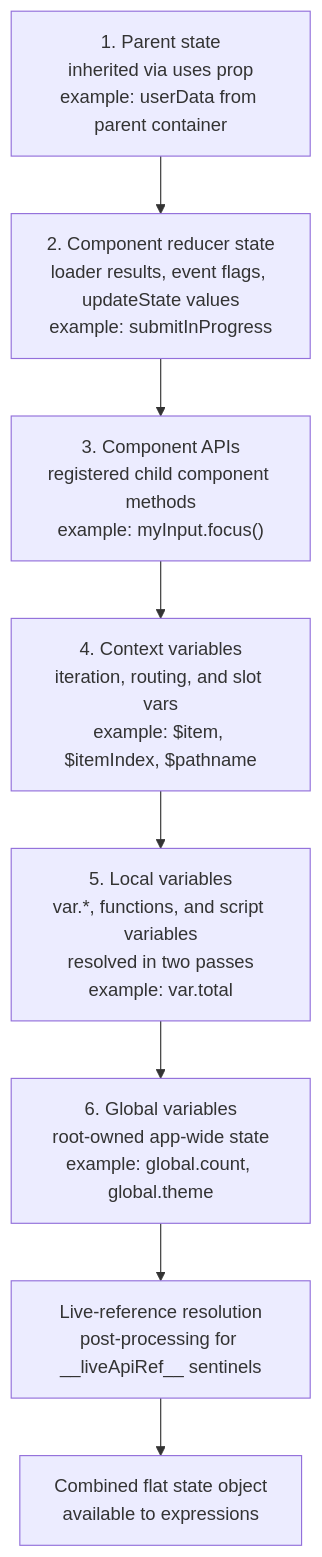
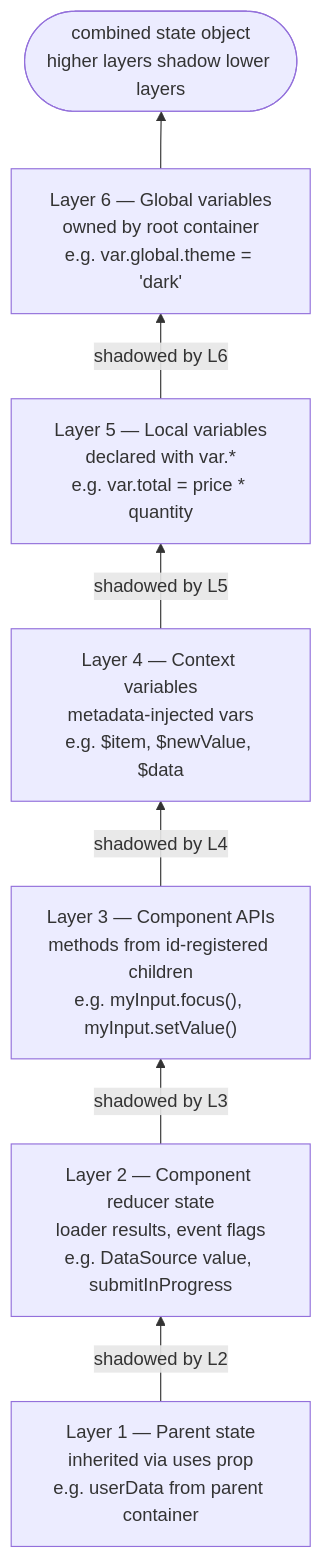
One commit to xmlui-org/xmlui changed the fourth of 5 diagrams in xmlui/dev-docs/guide/01-mental-model.md. Above: the diagram before and after it, drawn with Mermaid. The commit also changed other lines of this file and 159 other files, not shown here.

````diff
--- a/xmlui/dev-docs/guide/01-mental-model.md
+++ b/xmlui/dev-docs/guide/01-mental-model.md
@@ -261,13 +213,17 @@
 ```mermaid
-flowchart TB
-  parent["1. Parent state<br/>inherited via uses prop<br/>example: userData from parent container"]
-  reducer["2. Component reducer state<br/>loader results, event flags, updateState values<br/>example: submitInProgress"]
-  apis["3. Component APIs<br/>registered child component methods<br/>example: myInput.focus()"]
-  context["4. Context variables<br/>iteration, routing, and slot vars<br/>example: $item, $itemIndex, $pathname"]
-  local["5. Local variables<br/>var.*, functions, and script variables<br/>resolved in two passes<br/>example: var.total"]
-  globals["6. Global variables<br/>root-owned app-wide state<br/>example: global.count, global.theme"]
-  liveRefs["Live-reference resolution<br/>post-processing for __liveApiRef__ sentinels"]
-  combined["Combined flat state object<br/>available to expressions"]
+graph BT
+  L1["Layer 1 — Parent state<br>inherited via uses prop<br>e.g. userData from parent container"]
+  L2["Layer 2 — Component reducer state<br>loader results, event flags<br>e.g. DataSource value, submitInProgress"]
+  L3["Layer 3 — Component APIs<br>methods from id-registered children<br>e.g. myInput.focus(), myInput.setValue()"]
+  L4["Layer 4 — Context variables<br>metadata-injected vars<br>e.g. $item, $newValue, $data"]
+  L5["Layer 5 — Local variables<br>declared with var.*<br>e.g. var.total = price * quantity"]
+  L6["Layer 6 — Global variables<br>owned by root container<br>e.g. var.global.theme = 'dark'"]
+  Combined(["combined state object<br>higher layers shadow lower layers"])
 
-  parent --> reducer --> apis --> context --> local --> globals --> liveRefs --> combined
+  L1 -->|"shadowed by L2"| L2
+  L2 -->|"shadowed by L3"| L3
+  L3 -->|"shadowed by L4"| L4
+  L4 -->|"shadowed by L5"| L5
+  L5 -->|"shadowed by L6"| L6
+  L6 --> Combined
 ```
````
